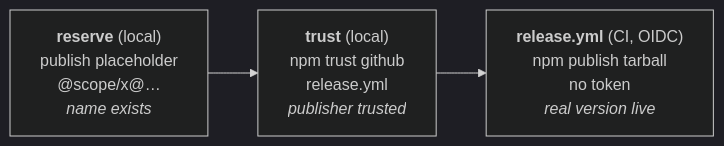
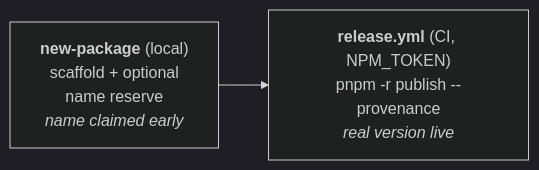
One commit to habemus-papadum/pdum_aiui changed the diagram in docs/guide/releasing.md. Above: the diagram before and after it, drawn with Mermaid (dark theme). The commit also changed other lines of this file and 5 other files, not shown here.

````diff
--- a/docs/guide/releasing.md
+++ b/docs/guide/releasing.md
@@ -19,7 +11,6 @@
 ```mermaid
 flowchart LR
-  A["<b>reserve</b> (local)<br/>publish placeholder<br/>@scope/x@…<br/><i>name exists</i>"]
-  B["<b>trust</b> (local)<br/>npm trust github<br/>release.yml<br/><i>publisher trusted</i>"]
-  C["<b>release.yml</b> (CI, OIDC)<br/>npm publish tarball<br/>no token<br/><i>real version live</i>"]
-  A --> B --> C
+  A["<b>new-package</b> (local)<br/>scaffold + optional<br/>name reserve<br/><i>name claimed early</i>"]
+  B["<b>release.yml</b> (CI, NPM_TOKEN)<br/>pnpm -r publish --provenance<br/><i>real version live</i>"]
+  A --> B
 ```
````
